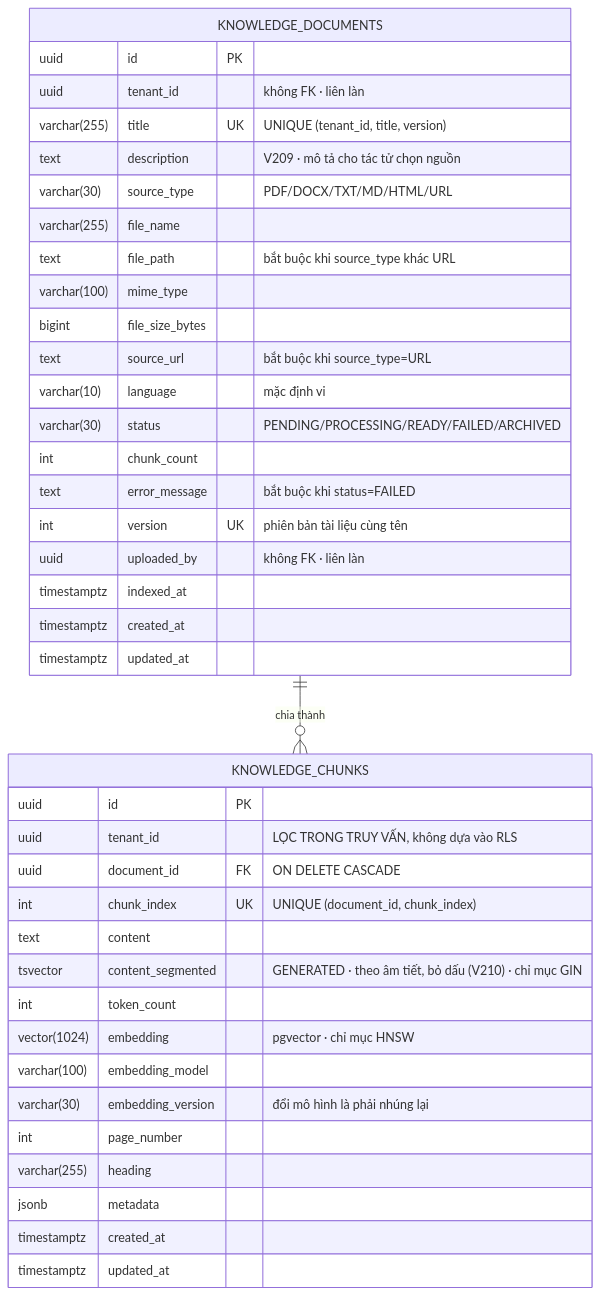
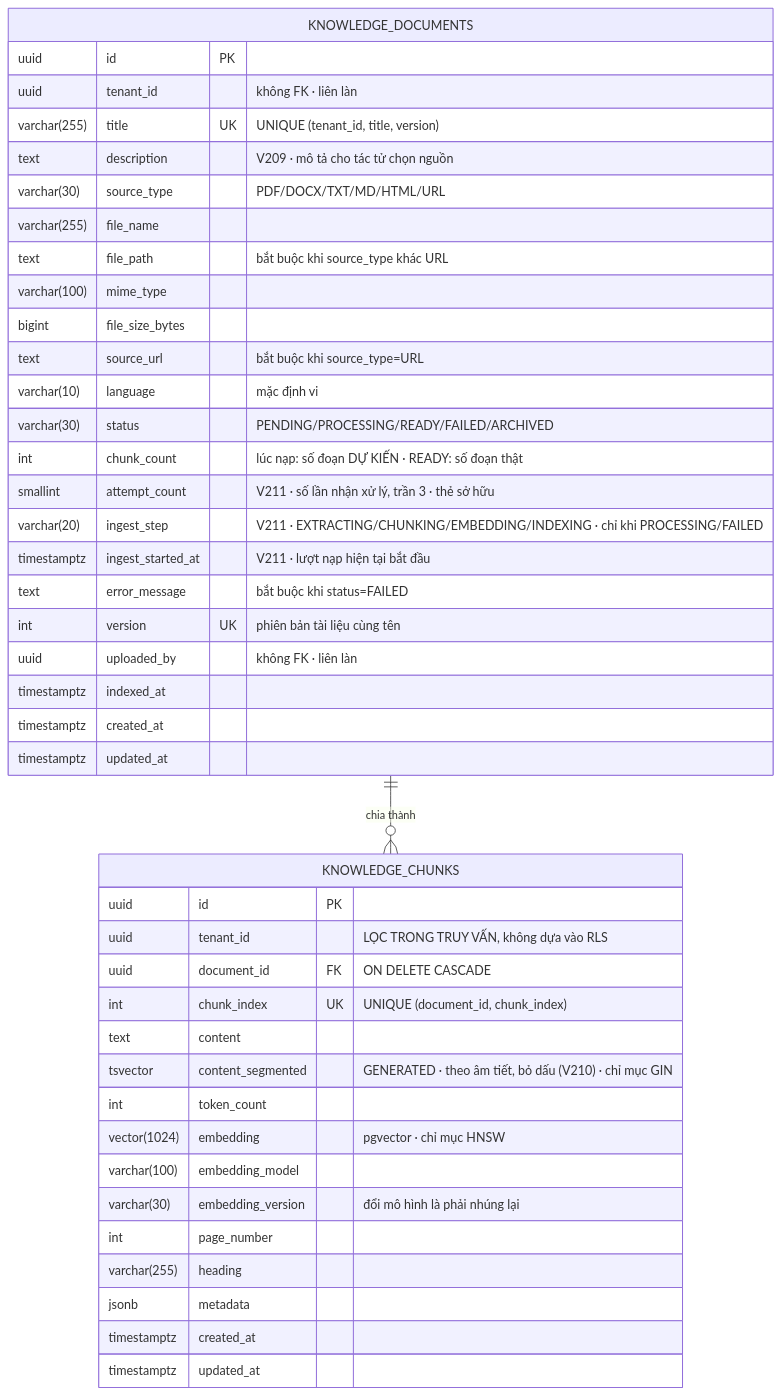
The seventh of 10 diagrams in docs/erd-mermaid.md (KhanhLanBui03/ai-crm-chatbot-platform), drawn with Mermaid before and after one commit. The commit also changed other lines of this file and 3 other files, not shown here.

````diff
--- a/docs/erd-mermaid.md
+++ b/docs/erd-mermaid.md
@@ -483,43 +483,46 @@
 ```mermaid
 erDiagram
     KNOWLEDGE_DOCUMENTS {
         uuid         id              PK
         uuid         tenant_id          "không FK · liên làn"
         varchar(255) title           UK "UNIQUE (tenant_id, title, version)"
         text         description        "V209 · mô tả cho tác tử chọn nguồn"
         varchar(30)  source_type        "PDF/DOCX/TXT/MD/HTML/URL"
         varchar(255) file_name
         text         file_path          "bắt buộc khi source_type khác URL"
         varchar(100) mime_type
         bigint       file_size_bytes
         text         source_url         "bắt buộc khi source_type=URL"
         varchar(10)  language           "mặc định vi"
         varchar(30)  status             "PENDING/PROCESSING/READY/FAILED/ARCHIVED"
-        int          chunk_count
+        int          chunk_count        "lúc nạp: số đoạn DỰ KIẾN · READY: số đoạn thật"
+        smallint     attempt_count      "V211 · số lần nhận xử lý, trần 3 · thẻ sở hữu"
+        varchar(20)  ingest_step        "V211 · EXTRACTING/CHUNKING/EMBEDDING/INDEXING · chỉ khi PROCESSING/FAILED"
+        timestamptz  ingest_started_at  "V211 · lượt nạp hiện tại bắt đầu"
         text         error_message      "bắt buộc khi status=FAILED"
         int          version         UK "phiên bản tài liệu cùng tên"
         uuid         uploaded_by        "không FK · liên làn"
         timestamptz  indexed_at
         timestamptz  created_at
         timestamptz  updated_at
     }
     KNOWLEDGE_CHUNKS {
         uuid          id                PK
         uuid          tenant_id            "LỌC TRONG TRUY VẤN, không dựa vào RLS"
         uuid          document_id       FK "ON DELETE CASCADE"
         int           chunk_index       UK "UNIQUE (document_id, chunk_index)"
         text          content
         tsvector      content_segmented    "GENERATED · theo âm tiết, bỏ dấu (V210) · chỉ mục GIN"
         int           token_count
         vector(1024)  embedding            "pgvector · chỉ mục HNSW"
         varchar(100)  embedding_model
         varchar(30)   embedding_version    "đổi mô hình là phải nhúng lại"
         int           page_number
         varchar(255)  heading
         jsonb         metadata
         timestamptz   created_at
         timestamptz   updated_at
     }
 
     KNOWLEDGE_DOCUMENTS ||--o{ KNOWLEDGE_CHUNKS : "chia thành"
 ```
````
